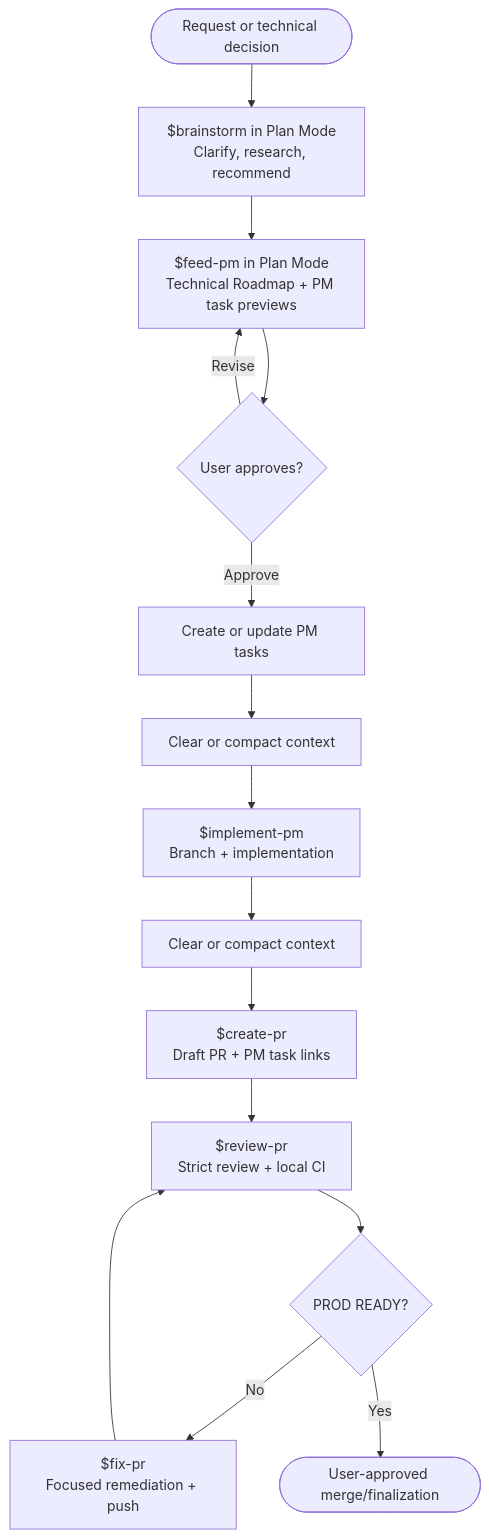
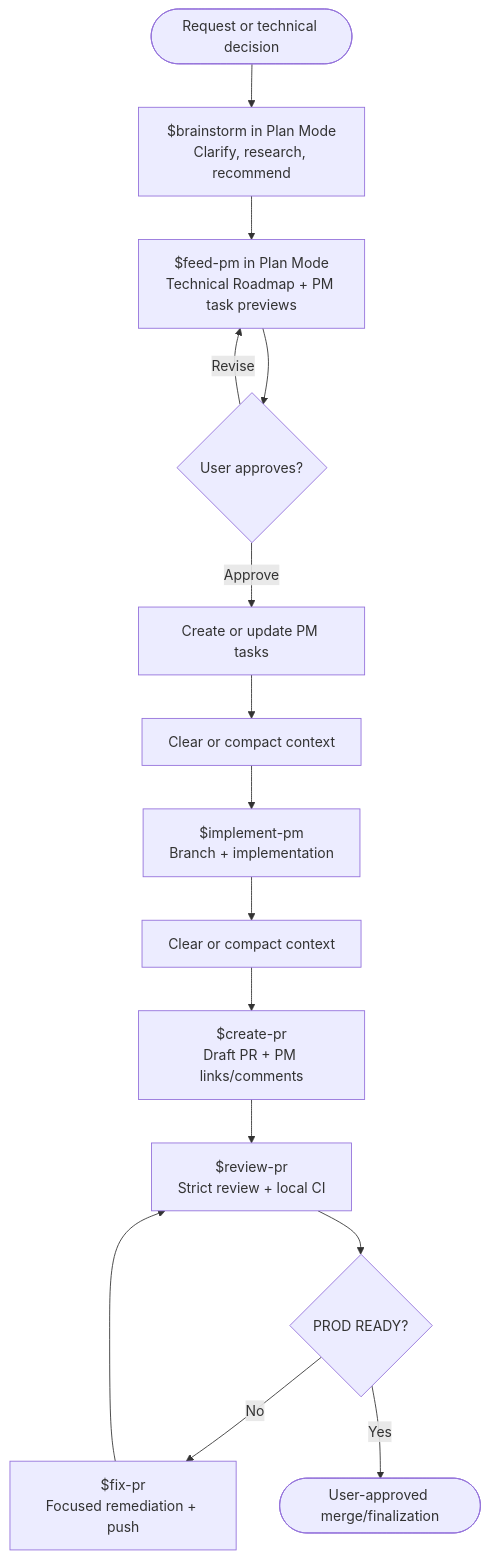
The first of 2 diagrams in README.md (mvagnon/plan-based-agentic-workflow), drawn with Mermaid before and after one commit. The commit also changed other lines of this file and 3 other files, not shown here.

````diff
--- a/README.md
+++ b/README.md
@@ -23,17 +23,17 @@
 ```mermaid
 flowchart TD
     A([Request or technical decision]) --> B["$brainstorm in Plan Mode<br/>Clarify, research, recommend"]
     B --> C["$feed-pm in Plan Mode<br/>Technical Roadmap + PM task previews"]
     C --> D{"User approves?"}
     D -->|Revise| C
     D -->|Approve| E["Create or update PM tasks"]
     E --> F["Clear or compact context"]
     F --> G["$implement-pm<br/>Branch + implementation"]
     G --> H["Clear or compact context"]
-    H --> I["$create-pr<br/>Draft PR + PM task links"]
+    H --> I["$create-pr<br/>Draft PR + PM links/comments"]
     I --> J["$review-pr<br/>Strict review + local CI"]
     J --> K{"PROD READY?"}
     K -->|No| L["$fix-pr<br/>Focused remediation + push"]
     L --> J
     K -->|Yes| M([User-approved merge/finalization])
 ```
````
